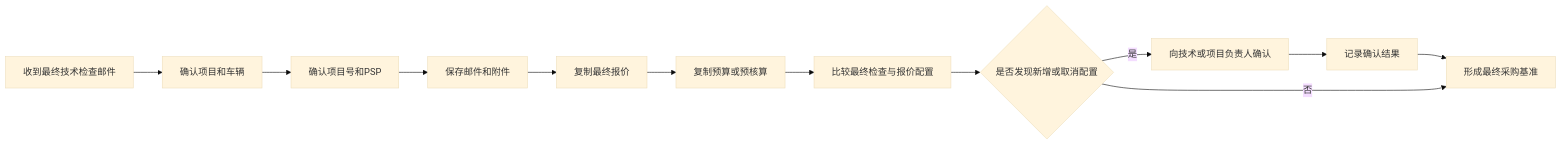
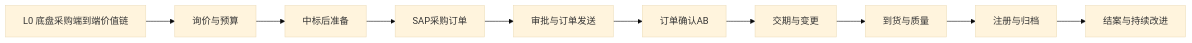
Before and after one commit to giengenbw/chassisprocess: the diagram in README.md, drawn with Mermaid (base theme). The commit also changed other lines of this file and 14 other files, not shown here.

````diff
--- a/README.md
+++ b/README.md
@@ -462,14 +26,4 @@
 ```mermaid
 graph LR
-    A["收到最终技术检查邮件"] --> B["确认项目和车辆"]
-    B --> C["确认项目号和PSP"]
-    C --> D["保存邮件和附件"]
-    D --> E["复制最终报价"]
-    E --> F["复制预算或预核算"]
-    F --> G["比较最终检查与报价配置"]
-    G --> H{"是否发现新增或取消配置"}
-    H -- 是 --> I["向技术或项目负责人确认"]
-    I --> J["记录确认结果"]
-    J --> K["形成最终采购基准"]
-    H -- 否 --> K
+    A["L0 底盘采购端到端价值链"] --> B["询价与预算"] --> C["中标后准备"] --> D["SAP采购订单"] --> E["审批与订单发送"] --> F["订单确认AB"] --> G["交期与变更"] --> H["到货与质量"] --> I["注册与归档"] --> J["结案与持续改进"]
 ```
````
